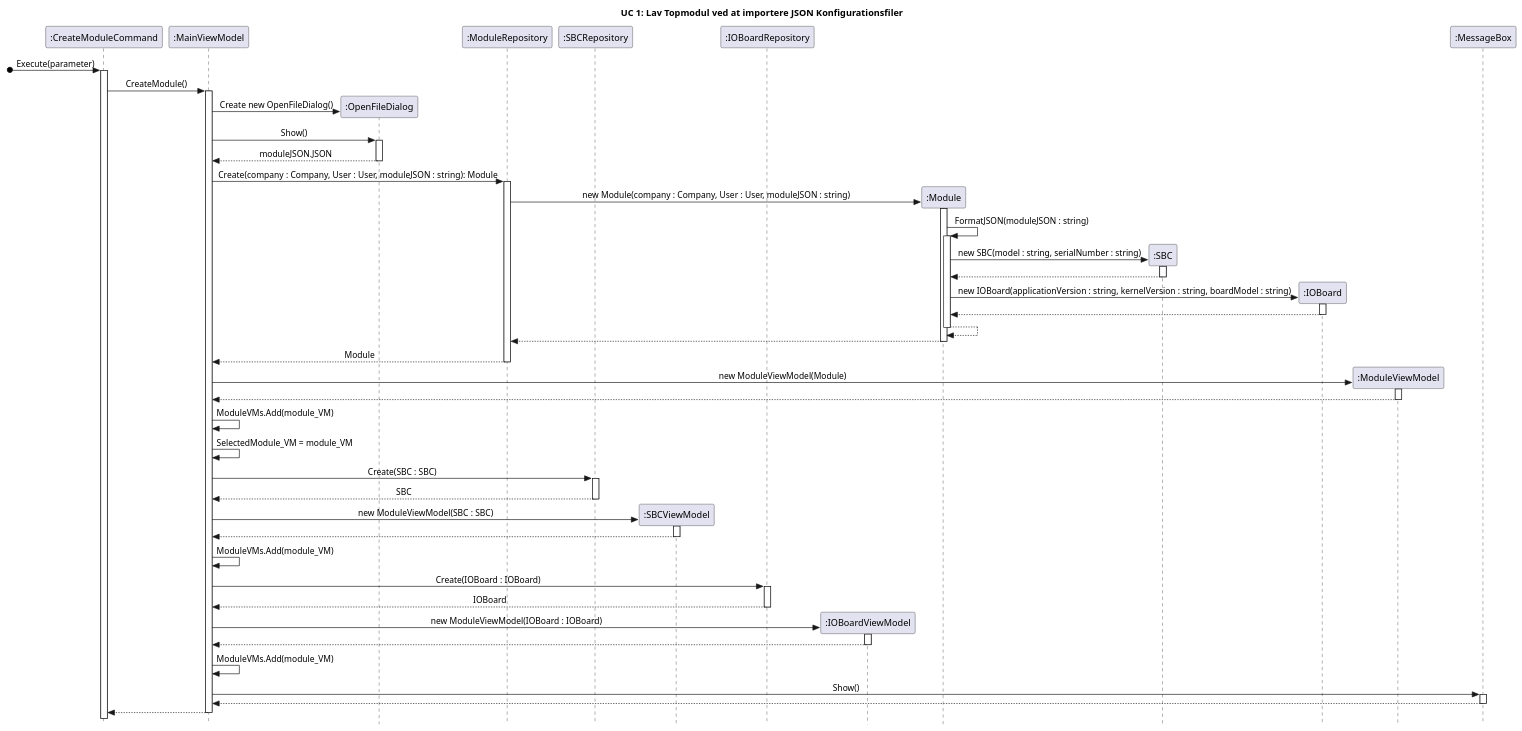
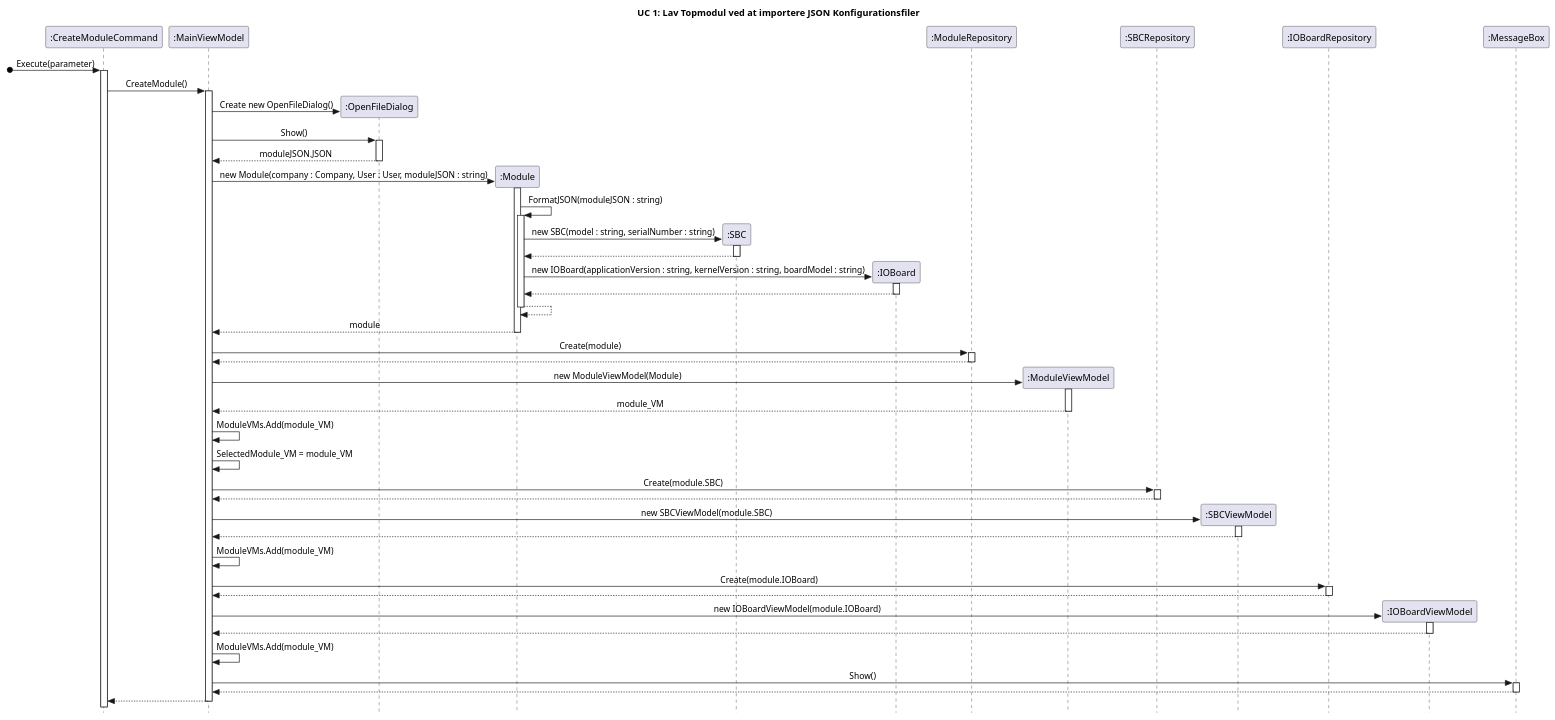
One commit to ToothbrushPenguin/DM-TeamX-2.Semester changed the diagram in Diagrams/UC_1_SD_Lav Topmodul ved at importere JSON Konfigurationsfiler.plantuml. Above: the diagram before and after it, drawn with PlantUML. The commit also changed 2 other files, not shown here.

```diff
--- a/Diagrams/UC_1_SD_Lav Topmodul ved at importere JSON Konfigurationsfiler.plantuml
+++ b/Diagrams/UC_1_SD_Lav Topmodul ved at importere JSON Konfigurationsfiler.plantuml
@@ -1,72 +1,75 @@
 @startuml
 skinparam style strictuml
 skinparam sequenceMessageAlign center
 title UC 1: Lav Topmodul ved at importere JSON Konfigurationsfiler
 
 participant ":CreateModuleCommand" as CMC
 participant ":MainViewModel" as MVM
 participant ":OpenFileDialog" as OFD
+participant ":Module" as M
+participant ":SBC" as S
+participant ":IOBoard" as I
 participant ":ModuleRepository" as MR
+participant ":ModuleViewModel" as MV
 participant ":SBCRepository" as SR
 participant ":SBCViewModel" as SV
 participant ":IOBoardRepository" as IR
 participant ":IOBoardViewModel" as IV
-participant ":Module" as M
-participant ":SBC" as S
-participant ":IOBoard" as I
-participant ":ModuleViewModel" as MV
+
+
+
 
 participant ":MessageBox" as MB
 
 
 [o-> CMC: Execute(parameter)
 activate CMC
     CMC -> MVM ++: CreateModule()
         MVM -> OFD **: Create new OpenFileDialog()
         MVM -> OFD ++: Show()
         return moduleJSON.JSON
-        MVM -> MR ++: Create(company : Company, User : User, moduleJSON : string): Module
-            create M
-            MR -> M ++: new Module(company : Company, User : User, moduleJSON : string)
-                M -> M ++: FormatJSON(moduleJSON : string)
+        create M
+        MVM -> M ++: new Module(company : Company, User : User, moduleJSON : string)
+            M -> M ++: FormatJSON(moduleJSON : string)
                 create S
                 M -> S ++: new SBC(model : string, serialNumber : string)
                 return 
                 create I
                 M -> I ++: new IOBoard(applicationVersion : string, kernelVersion : string, boardModel : string)
                 return 
-                return 
             return 
-        return Module
+        return module
+        MVM -> MR ++: Create(module)
+        return 
        
         create MV
         MVM -> MV ++: new ModuleViewModel(Module)
-        return
+        return module_VM
         MVM -> MVM: ModuleVMs.Add(module_VM)
         MVM -> MVM: SelectedModule_VM = module_VM
 
 
-        MVM -> SR++: Create(SBC : SBC)
-        return SBC
-
+        MVM -> SR++: Create(module.SBC)
+        return 
         create SV
-        MVM -> SV ++: new ModuleViewModel(SBC : SBC)
+        MVM -> SV ++: new SBCViewModel(module.SBC)
         return
         MVM -> MVM: ModuleVMs.Add(module_VM)
 
-        MVM -> IR++: Create(IOBoard : IOBoard)
-        return IOBoard
+
+        MVM -> IR++: Create(module.IOBoard)
+        return 
         create IV
-        MVM -> IV ++: new ModuleViewModel(IOBoard : IOBoard)
+        MVM -> IV ++: new IOBoardViewModel(module.IOBoard)
         return
         MVM -> MVM: ModuleVMs.Add(module_VM)
         
         MVM -> MB ++: Show()
         return 
         
     return
    
     
 
 
 @enduml
```
